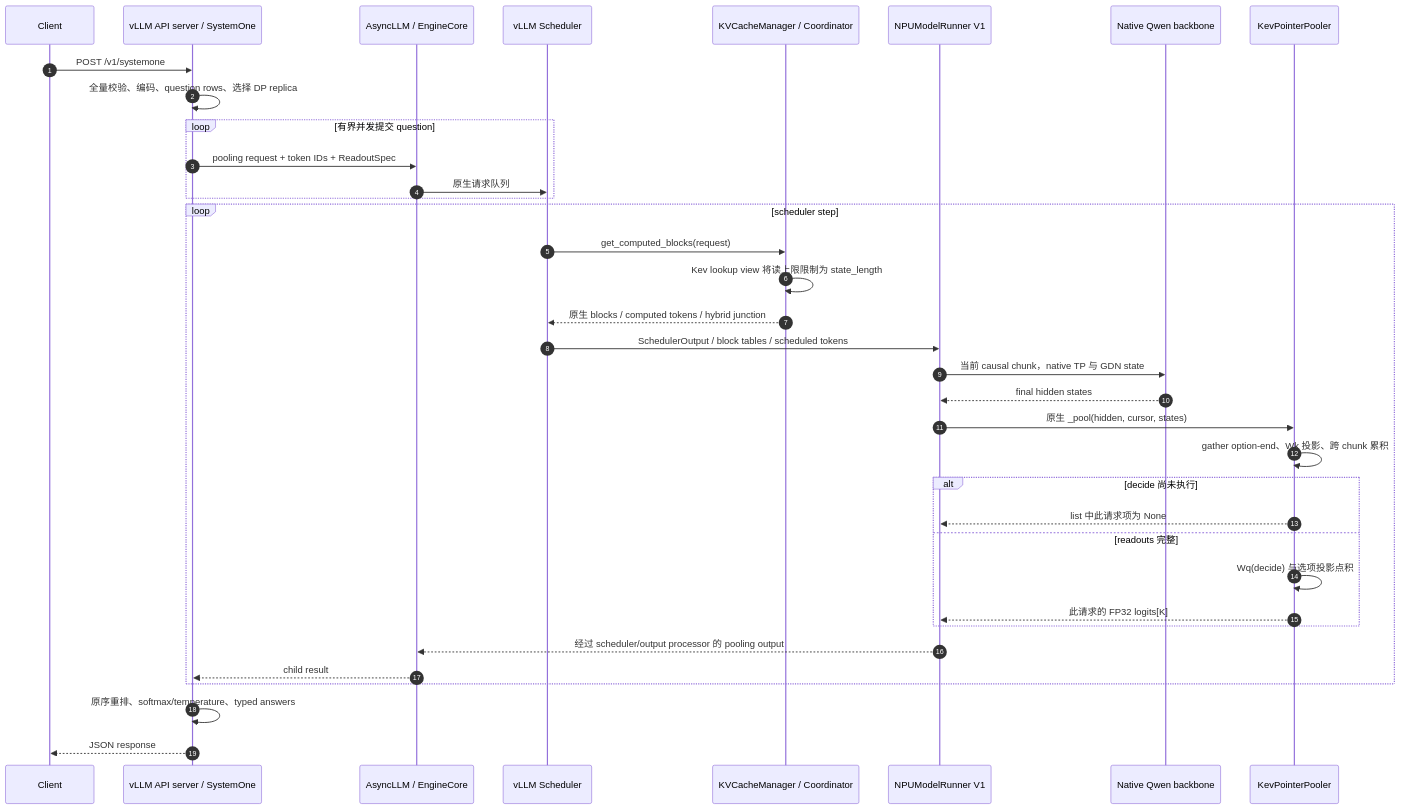
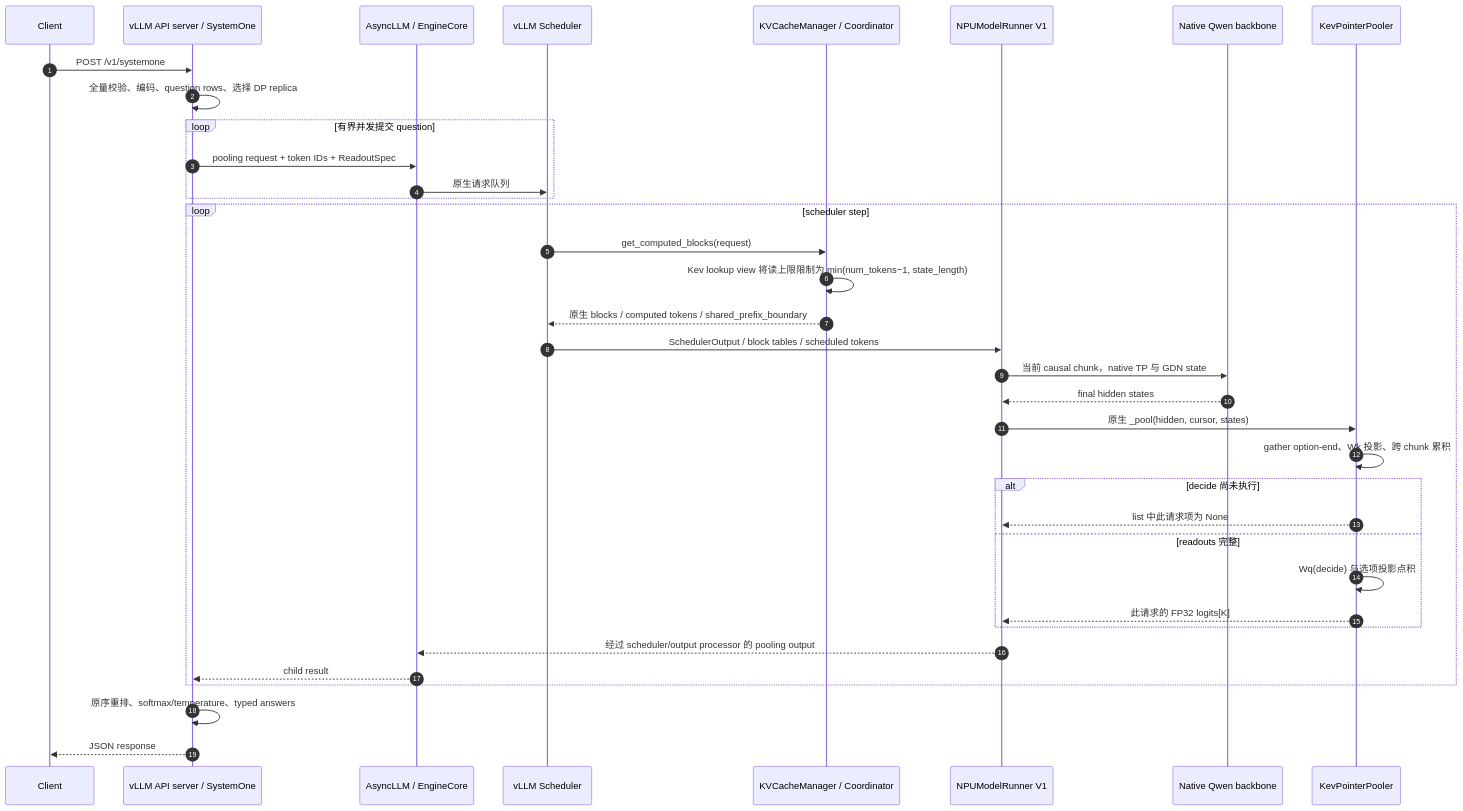
The diagram in docs/design/kev_systemone_engine.md (singzhou/vllm-ascend), drawn with Mermaid before and after one commit. The commit also changed other lines of this file and 2 other files, not shown here.

First line of the commit message:
fix(kev): clarify context provenance and native engine audit boundaries

````diff
--- a/docs/design/kev_systemone_engine.md
+++ b/docs/design/kev_systemone_engine.md
@@ -85,38 +85,38 @@
 ```mermaid
 sequenceDiagram
     autonumber
     participant C as Client
     participant A as vLLM API server / SystemOne
     participant E as AsyncLLM / EngineCore
     participant S as vLLM Scheduler
     participant K as KVCacheManager / Coordinator
     participant R as NPUModelRunner V1
     participant B as Native Qwen backbone
     participant H as KevPointerPooler
     C->>A: POST /v1/systemone
     A->>A: 全量校验、编码、question rows、选择 DP replica
     loop 有界并发提交 question
         A->>E: pooling request + token IDs + ReadoutSpec
         E->>S: 原生请求队列
     end
     loop scheduler step
         S->>K: get_computed_blocks(request)
-        K->>K: Kev lookup view 将读上限限制为 state_length
-        K-->>S: 原生 blocks / computed tokens / hybrid junction
+        K->>K: Kev lookup view 将读上限限制为 min(num_tokens−1, state_length)
+        K-->>S: 原生 blocks / computed tokens / shared_prefix_boundary
         S->>R: SchedulerOutput / block tables / scheduled tokens
         R->>B: 当前 causal chunk，native TP 与 GDN state
         B-->>R: final hidden states
         R->>H: 原生 _pool(hidden, cursor, states)
         H->>H: gather option-end、Wk 投影、跨 chunk 累积
         alt decide 尚未执行
             H-->>R: list 中此请求项为 None
         else readouts 完整
             H->>H: Wq(decide) 与选项投影点积
             H-->>R: 此请求的 FP32 logits[K]
         end
         R-->>E: 经过 scheduler/output processor 的 pooling output
         E-->>A: child result
     end
     A->>A: 原序重排、softmax/temperature、typed answers
     A-->>C: JSON response
 ```
````
